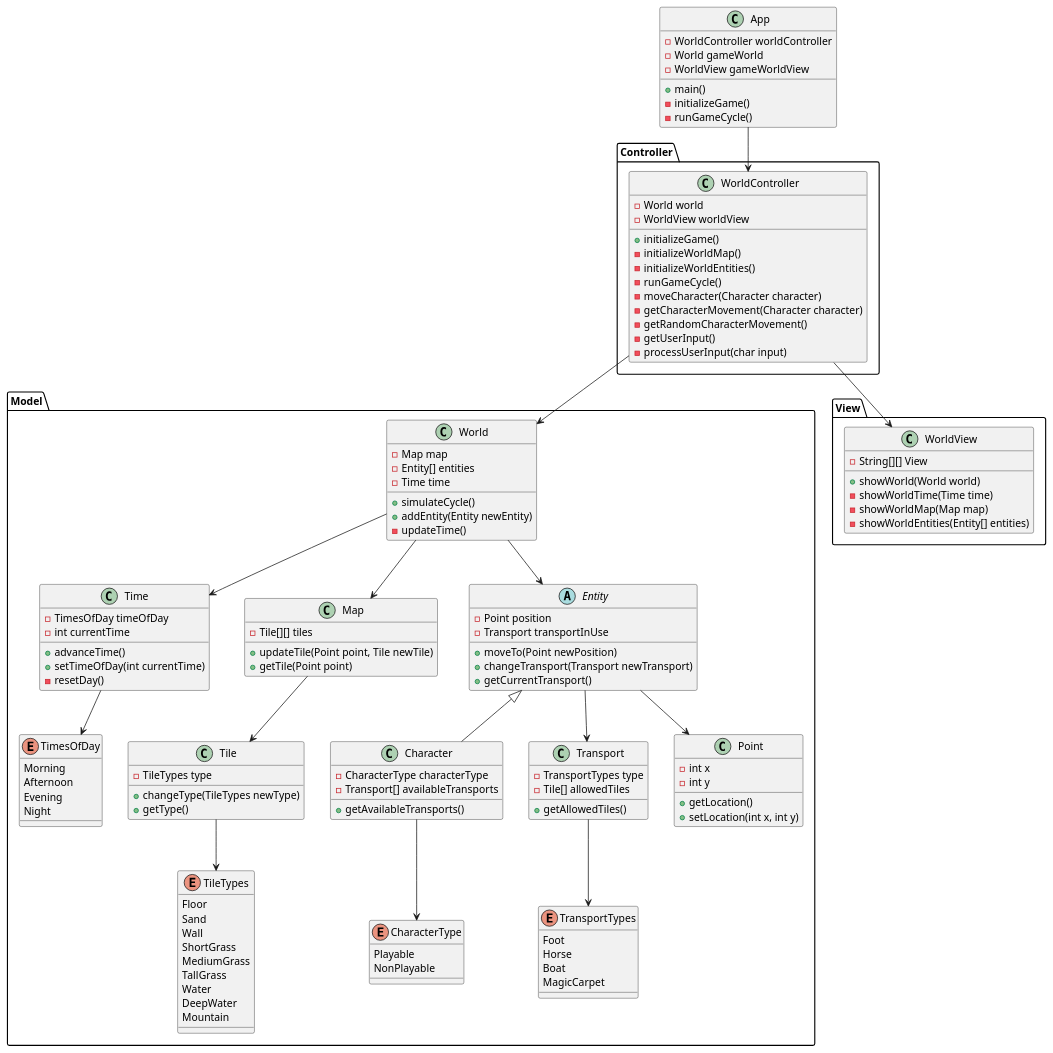
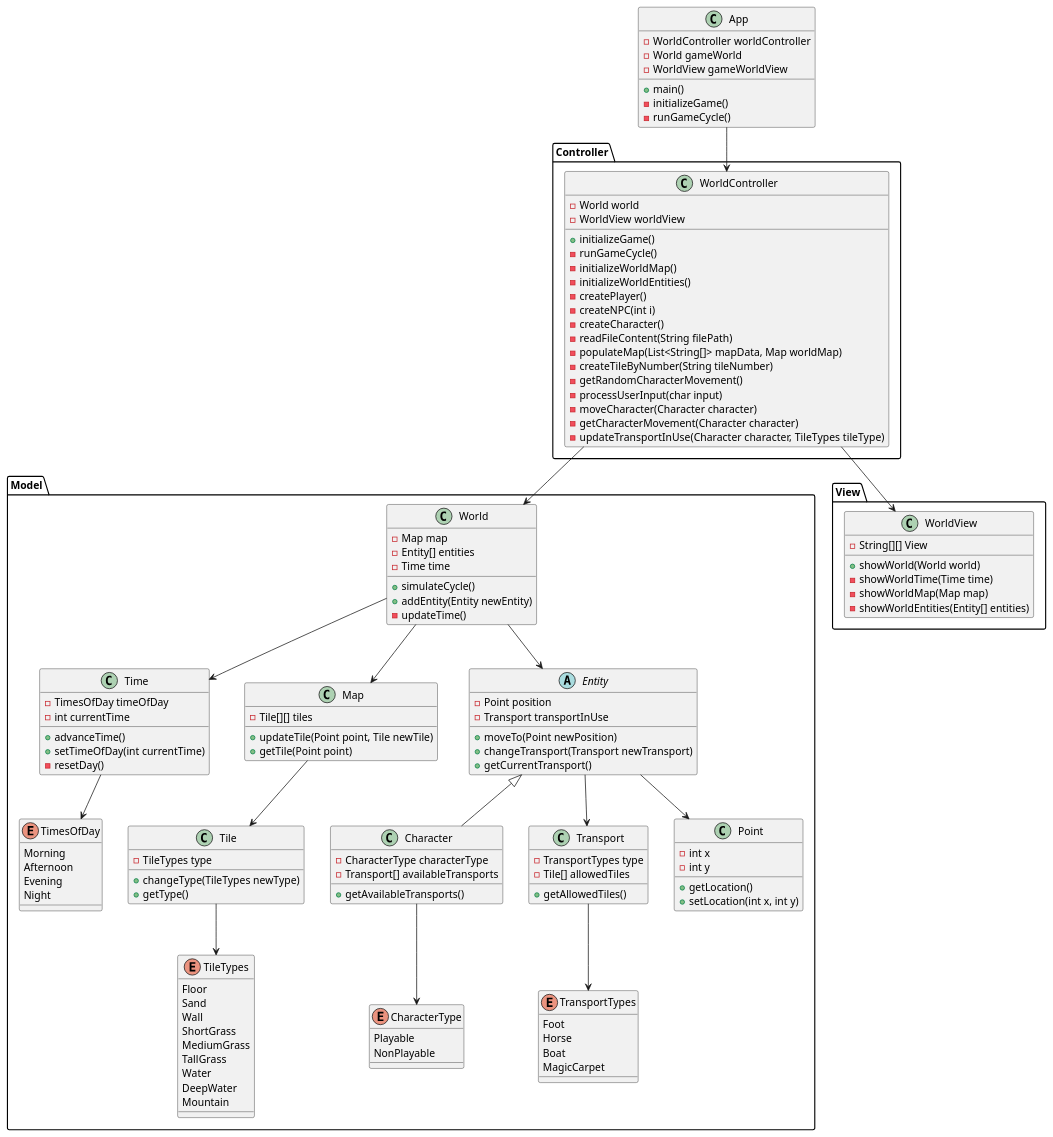
One commit to mmasias/23-24-IdSw2-SDD changed the diagram in docs/modelosUML/diagramaDeAplicacion.puml. Above: the diagram before and after it, drawn with PlantUML. The commit also changed 1 other file, not shown here.

Commit message:
feature/update aplication diagram, worldController class

```diff
--- a/docs/modelosUML/diagramaDeAplicacion.puml
+++ b/docs/modelosUML/diagramaDeAplicacion.puml
@@ -1,151 +1,157 @@
 @startuml DiagramaDeAplicacion
 
 class App {
     - WorldController worldController
     - World gameWorld
     - WorldView gameWorldView
 
     + main()
     - initializeGame()
     - runGameCycle()
 }
 
 package "Model" {
     class World {
         - Map map
         - Entity[] entities
         - Time time
 
         + simulateCycle()
         + addEntity(Entity newEntity)
         - updateTime()
     }
 
     class Time {
         - TimesOfDay timeOfDay
         - int currentTime
 
         + advanceTime()
         + setTimeOfDay(int currentTime)
         - resetDay()
     }
 
     class Map {
         - Tile[][] tiles
 
         + updateTile(Point point, Tile newTile)
         + getTile(Point point)
     }
 
     class Tile {
         - TileTypes type
 
         + changeType(TileTypes newType)
         + getType() 
     }
 
     abstract class Entity {
         - Point position
         - Transport transportInUse
 
         + moveTo(Point newPosition)
         + changeTransport(Transport newTransport)
         + getCurrentTransport()
     }
 
     class Character extends Entity {
         - CharacterType characterType
         - Transport[] availableTransports
 
         + getAvailableTransports()
 
     }
 
     class Transport {
         - TransportTypes type
         - Tile[] allowedTiles
 
         + getAllowedTiles()
     }
 
     class Point {
         - int x
         - int y
 
         + getLocation()
         + setLocation(int x, int y)
     }
 
     enum TileTypes {
         Floor
         Sand
         Wall
         ShortGrass
         MediumGrass
         TallGrass
         Water
         DeepWater
         Mountain
     }
 
     enum TimesOfDay {
         Morning
         Afternoon
         Evening
         Night
     }
 
     enum TransportTypes {
         Foot
         Horse
         Boat
         MagicCarpet
     }
 
     enum CharacterType {
         Playable
         NonPlayable
     }
 }
 
 package "View" {
     class WorldView {
         - String[][] View
         + showWorld(World world)
         - showWorldTime(Time time)
         - showWorldMap(Map map)
         - showWorldEntities(Entity[] entities)
     }
 }
 
 package "Controller" {
     class WorldController {
         - World world
         - WorldView worldView
 
         + initializeGame()
+        - runGameCycle()
         - initializeWorldMap()
         - initializeWorldEntities()
-        - runGameCycle()
+        - createPlayer()
+        - createNPC(int i)
+        - createCharacter()
+        - readFileContent(String filePath)
+        - populateMap(List<String[]> mapData, Map worldMap)
+        - createTileByNumber(String tileNumber)
+        - getRandomCharacterMovement()
+        - processUserInput(char input)
         - moveCharacter(Character character)
         - getCharacterMovement(Character character)
-        - getRandomCharacterMovement()
-        - getUserInput()
-        - processUserInput(char input)
+        - updateTransportInUse(Character character, TileTypes tileType)
     }
 }
 
 World --> Map
 World --> Entity
 World --> Time
 Map --> Tile
 Tile --> TileTypes
 Entity --> Point
 Entity --> Transport
 Transport --> TransportTypes
 Time --> TimesOfDay
 Character --> CharacterType
 WorldController --> World
 WorldController --> WorldView
 App --> WorldController
 @enduml
```
